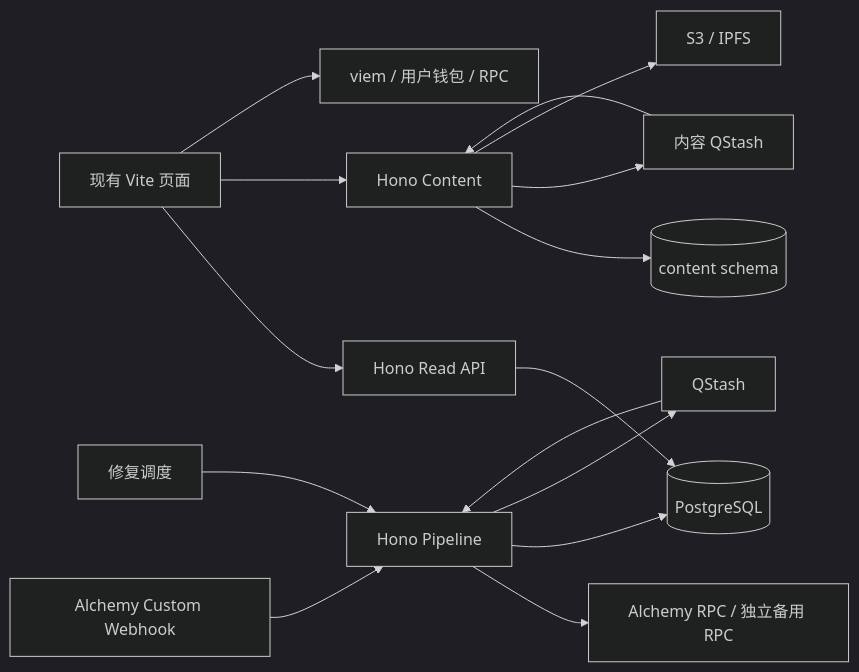
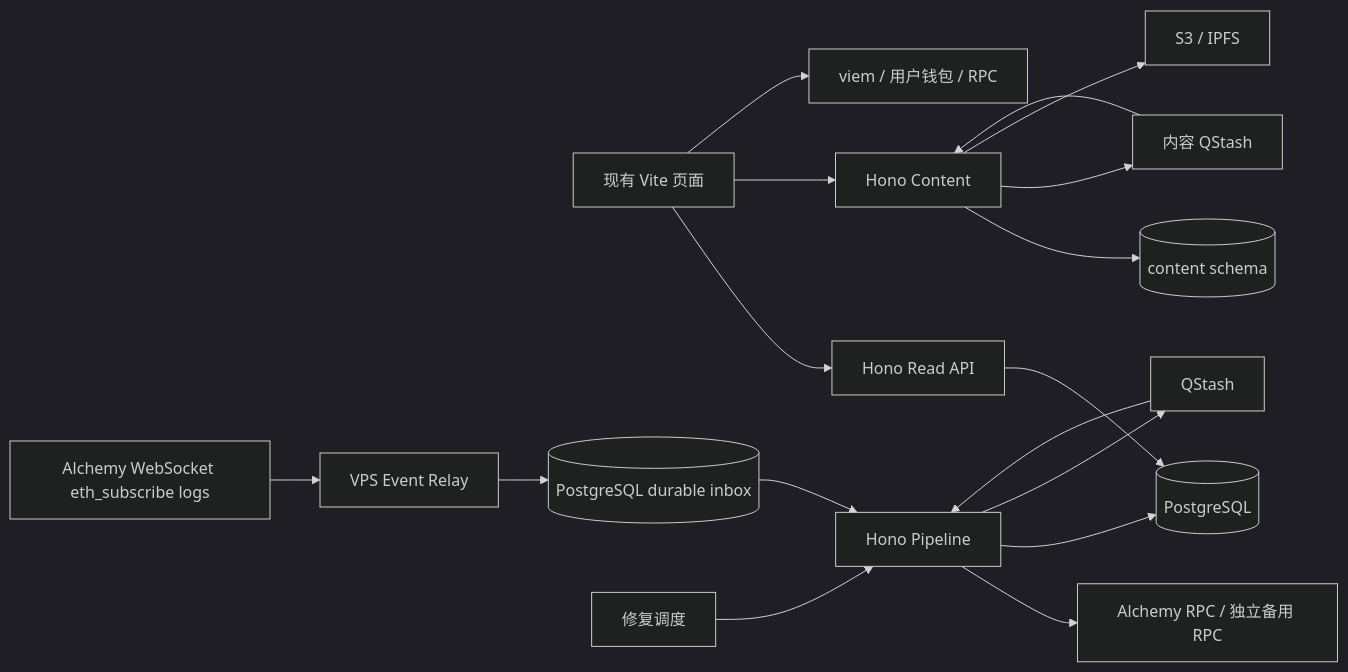
The diagram in docs/v1/V1_TYPESCRIPT_SERVERLESS_DEVELOPMENT_TASKS.md (WHer1007/tickerGarden), drawn with Mermaid (dark theme) before and after one commit. The commit also changed other lines of this file and 33 other files, not shown here.

Commit message:
feat: replace Alchemy webhooks with filtered relay

````diff
--- a/docs/v1/V1_TYPESCRIPT_SERVERLESS_DEVELOPMENT_TASKS.md
+++ b/docs/v1/V1_TYPESCRIPT_SERVERLESS_DEVELOPMENT_TASKS.md
@@ -59,17 +59,19 @@
 ```mermaid
 flowchart LR
   Browser[现有 Vite 页面] --> Read[Hono Read API]
   Browser --> Content[Hono Content]
   Browser --> Wallet[viem / 用户钱包 / RPC]
-  Provider[Alchemy Custom Webhook] --> Pipeline[Hono Pipeline]
+  Provider[Alchemy WebSocket eth_subscribe logs] --> Relay[VPS Event Relay]
+  Relay --> Inbox[(PostgreSQL durable inbox)]
+  Inbox --> Pipeline[Hono Pipeline]
   Pipeline --> RPC[Alchemy RPC / 独立备用 RPC]
   Cron[修复调度] --> Pipeline
   Pipeline --> DB[(PostgreSQL)]
   Pipeline --> Queue[QStash]
   Queue --> Pipeline
   Read --> DB
   Content --> CDB[(content schema)]
   Content --> CQ[内容 QStash]
   CQ --> Content
   Content --> Files[S3 / IPFS]
 ```
````
